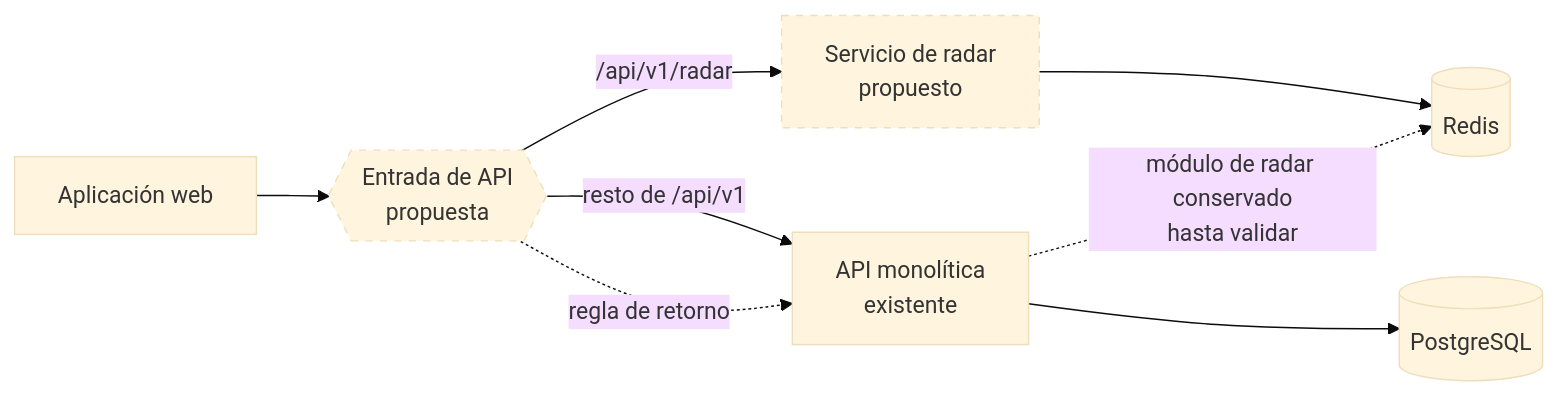
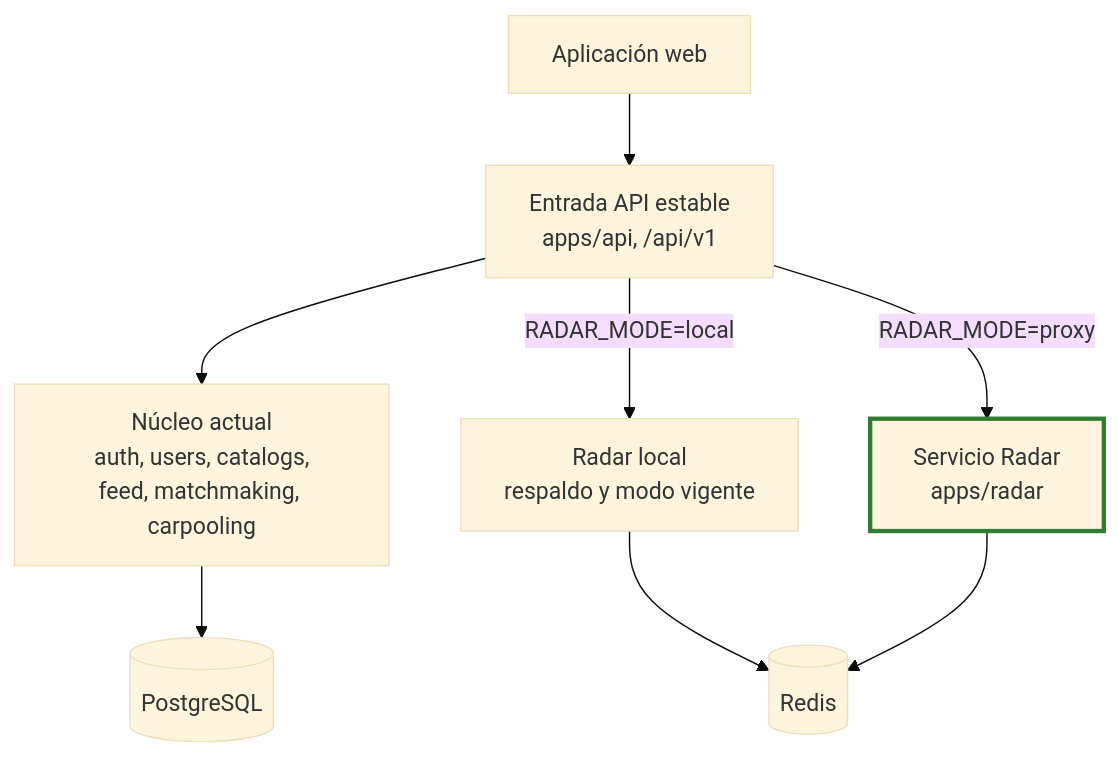
The diagram in docs/02-arquitectura-de-software/04-arquitectura-de-transicion.md (pillacarodriguezuriel-a11y/social_unsch), drawn with Mermaid (base theme) before and after one commit. The commit also changed other lines of this file and 44 other files, not shown here.

````diff
--- a/docs/02-arquitectura-de-software/04-arquitectura-de-transicion.md
+++ b/docs/02-arquitectura-de-software/04-arquitectura-de-transicion.md
@@ -40,13 +13,21 @@
 ```mermaid
-flowchart LR
-    WEB["Aplicación web"] --> GW{{"Entrada de API<br/>propuesta"}}
-    GW -- "/api/v1/radar" --> RS["Servicio de radar<br/>propuesto"]
-    GW -- "resto de /api/v1" --> MONO["API monolítica<br/>existente"]
-    GW -. "regla de retorno" .-> MONO
-    RS --> RD[("Redis")]
-    MONO --> PG[("PostgreSQL")]
-    MONO -. "módulo de radar conservado<br/>hasta validar" .-> RD
+flowchart TB
+    WEB["Aplicación web"]
+    API["Entrada API estable<br/>apps/api, /api/v1"]
+    NUC["Núcleo actual<br/>auth, users, catalogs,<br/>feed, matchmaking, carpooling"]
+    RL["Radar local<br/>respaldo y modo vigente"]
+    RS["Servicio Radar<br/>apps/radar"]
+    PG[("PostgreSQL")]
+    RD[("Redis")]
 
-    classDef propuesto stroke-dasharray: 5 5
-    class GW,RS propuesto
+    WEB --> API
+    API --> NUC
+    API -- "RADAR_MODE=local" --> RL
+    API -- "RADAR_MODE=proxy" --> RS
+    NUC --> PG
+    RL --> RD
+    RS --> RD
+
+    classDef codigo stroke:#2e7d32,stroke-width:3px
+    class RS codigo
 ```
````
